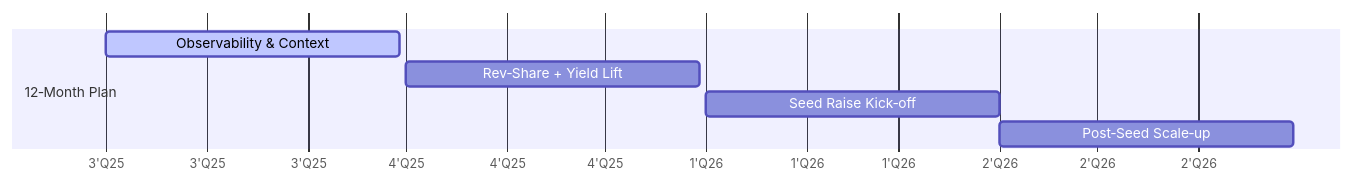
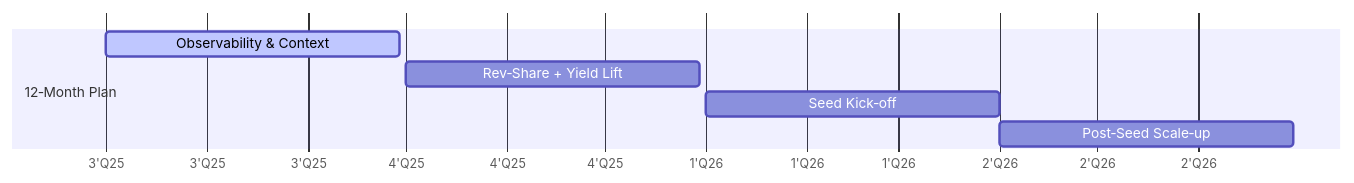
One commit to pollinations/pollinations changed the second of 2 diagrams in operations/pitch-deck/markdown-slides/slides.md. Above: the diagram before and after it, drawn with Mermaid. The commit also changed other lines of this file, not shown here.

````diff
--- a/operations/pitch-deck/markdown-slides/slides.md
+++ b/operations/pitch-deck/markdown-slides/slides.md
@@ -173,10 +173,10 @@
 ```mermaid
 gantt
   dateFormat  Q%q %Y
   axisFormat  %q'Q%y
-  section 12‑Month Plan
-  Observability & Context      :active, a1, 2025-07-01, 90d
-  Rev‑Share + Yield Lift      :a2, 2025-10-01, 90d
-  Seed Raise Kick‑off         :a3, 2026-01-01, 90d
-  Post‑Seed Scale‑up          :a4, 2026-04-01, 90d
+  section 12‑Month Plan
+  Observability & Context      :active, a1, 2025-07-01, 90d
+  Rev‑Share + Yield Lift      :a2, 2025-10-01, 90d
+  Seed Kick‑off         :a3, 2026-01-01, 90d
+  Post‑Seed Scale‑up          :a4, 2026-04-01, 90d
 ```
````
